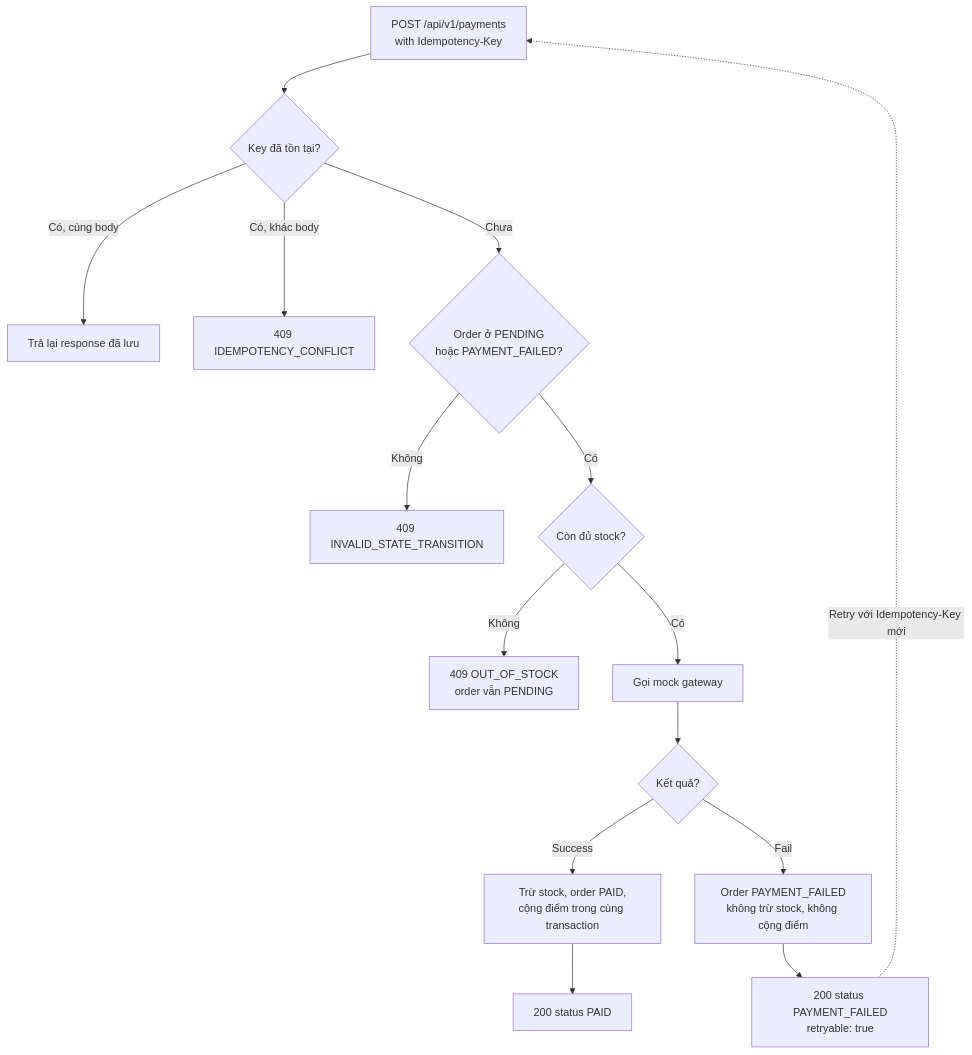
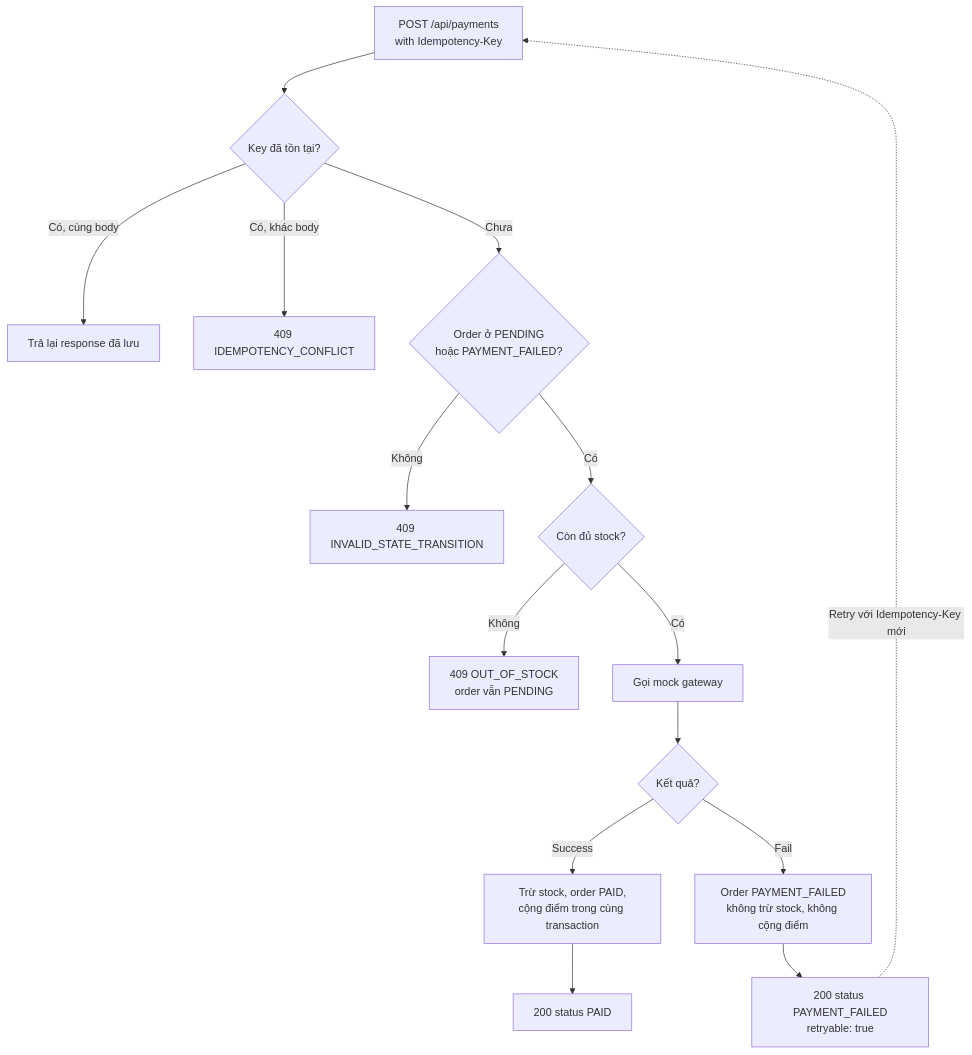
The diagram in docs/diagrams/flows/flow-payment-v1.mmd (Nghiaphan123/BrewLite_Cof), drawn with Mermaid before and after one commit. The commit also changed 41 other files, not shown here.

```diff
--- a/docs/diagrams/flows/flow-payment-v1.mmd
+++ b/docs/diagrams/flows/flow-payment-v1.mmd
@@ -1,27 +1,27 @@
 %% --- flow-payment-v1 ---
 %% Source: scenarios.md S-PAY-1..6
 %% Owner: H.Tài (Task 4.0)
 %% Status: Accepted 2026-10-22
 %% Related: ADR 0004 D1, D2, D4, D5; api-contract.md §9
 %% .
 %% Covers: success, failure, idempotency replay, conflict,
 %% retry, out-of-stock. All status codes are HTTP 200 for payment
 %% failure (ADR 0004 D2); 409 for conflicts and state errors.
 %% Stock decrements at PAID only (ADR 0004 D1).
 %% Retry uses a new Idempotency-Key against the same order (ADR 0004 D5).
 
 flowchart TD
-    A[POST /api/v1/payments<br/>with Idempotency-Key] --> B{Key đã tồn tại?}
+    A[POST /api/payments<br/>with Idempotency-Key] --> B{Key đã tồn tại?}
     B -- Có, cùng body --> C[Trả lại response đã lưu]
     B -- Có, khác body --> D[409 IDEMPOTENCY_CONFLICT]
     B -- Chưa --> E{Order ở PENDING<br/>hoặc PAYMENT_FAILED?}
     E -- Không --> F[409 INVALID_STATE_TRANSITION]
     E -- Có --> G{Còn đủ stock?}
     G -- Không --> H[409 OUT_OF_STOCK<br/>order vẫn PENDING]
     G -- Có --> I[Gọi mock gateway]
     I --> J{Kết quả?}
     J -- Success --> K[Trừ stock, order PAID,<br/>cộng điểm trong cùng transaction]
     K --> L[200 status PAID]
     J -- Fail --> M[Order PAYMENT_FAILED<br/>không trừ stock, không cộng điểm]
     M --> N[200 status PAYMENT_FAILED<br/>retryable: true]
     N -. Retry với Idempotency-Key mới .-> A
```
